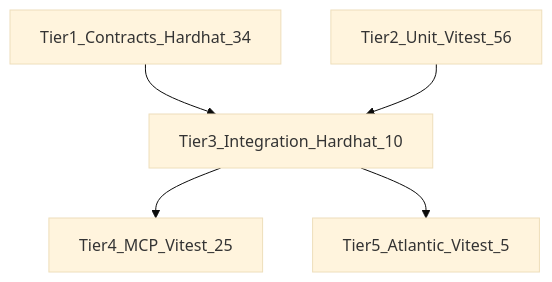
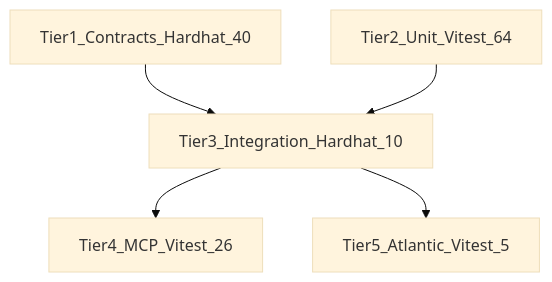
The diagram in docs/tests/README.md (shery8595/Pharos-Settle), drawn with Mermaid (base theme) before and after one commit. The commit also changed other lines of this file and 53 other files, not shown here.

````diff
--- a/docs/tests/README.md
+++ b/docs/tests/README.md
@@ -15,12 +15,12 @@
 ```mermaid
 flowchart TB
-  T1[Tier1_Contracts_Hardhat_34]
-  T2[Tier2_Unit_Vitest_56]
+  T1[Tier1_Contracts_Hardhat_40]
+  T2[Tier2_Unit_Vitest_64]
   T3[Tier3_Integration_Hardhat_10]
-  T4[Tier4_MCP_Vitest_25]
+  T4[Tier4_MCP_Vitest_26]
   T5[Tier5_Atlantic_Vitest_5]
   T1 --> T3
   T2 --> T3
   T3 --> T4
   T3 --> T5
 ```
````
